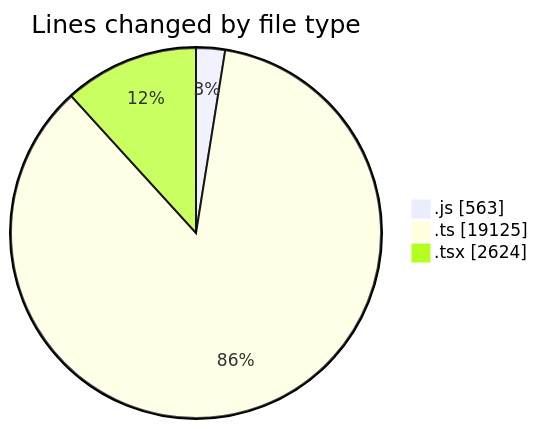
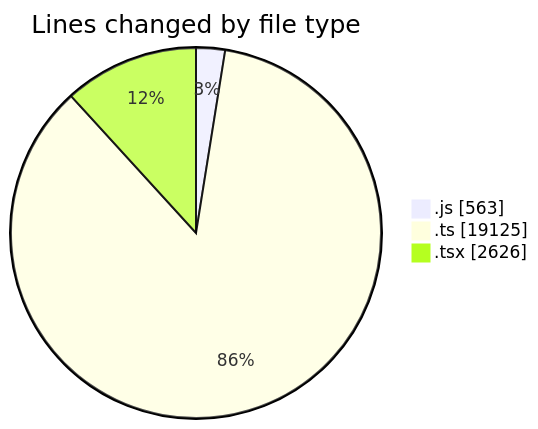
The first of 2 diagrams in 2025-11-14/cda/README.md (momahboobian/code-tracking), drawn with Mermaid before and after one commit. The commit also changed other lines of this file and 1 other file, not shown here.

````diff
--- a/2025-11-14/cda/README.md
+++ b/2025-11-14/cda/README.md
@@ -41,7 +41,7 @@
 ```mermaid
 pie showData
 title Lines changed by file type
 ".js" : 563
 ".ts" : 19125
-".tsx" : 2624
+".tsx" : 2626
 ```
````
